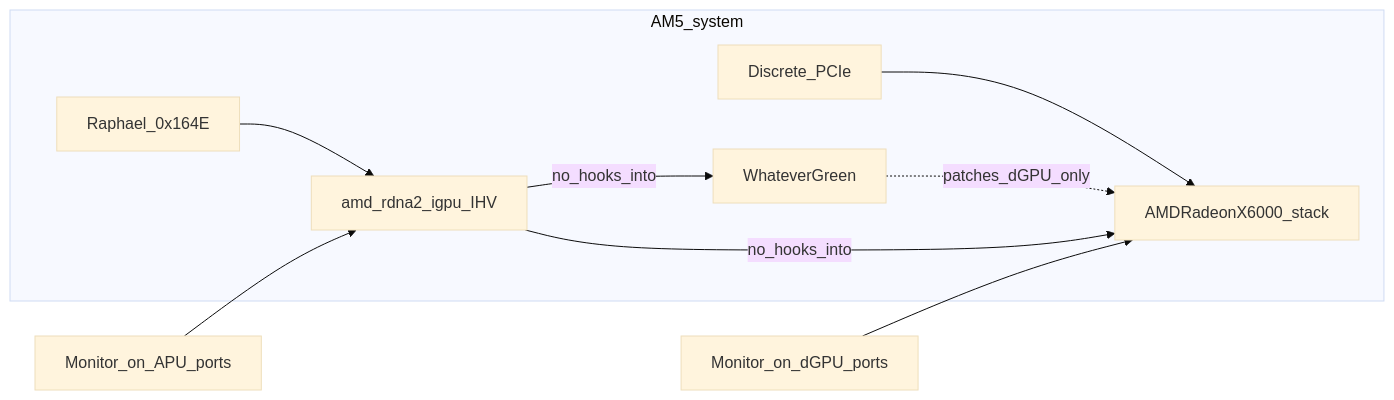
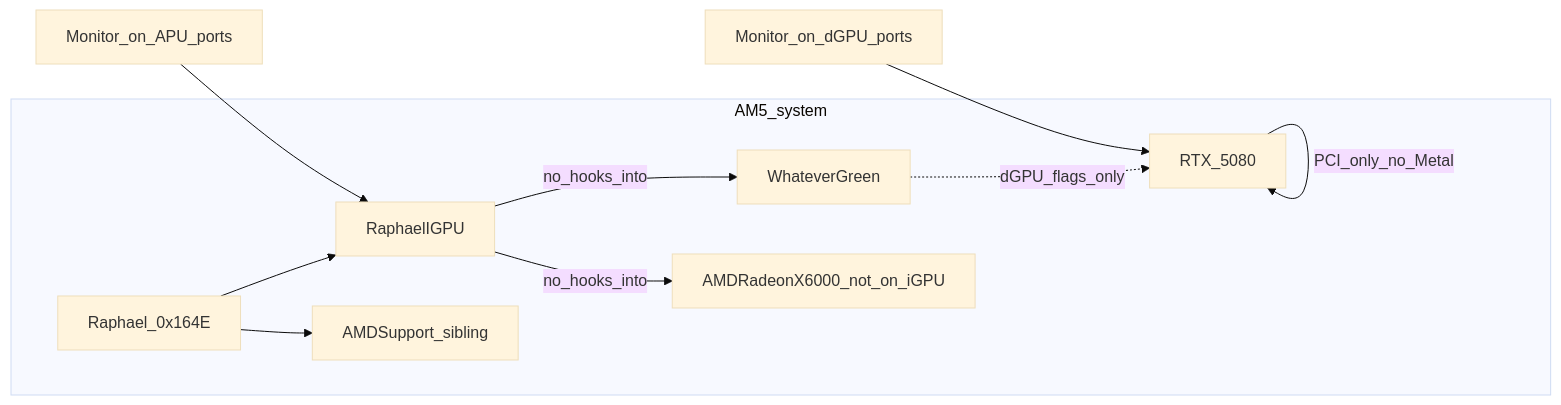
Before and after one commit to winkleplex10-bit/MetalGPUDrivers: the diagram in docs/CURSOR-START-AMD-RDNA2-IGPU.md, drawn with Mermaid (base theme). The commit also changed other lines of this file and 7 other files, not shown here.

First line of the commit message:
Update Raphael IHV plan to match GOP-wrap kext state

````diff
--- a/docs/CURSOR-START-AMD-RDNA2-IGPU.md
+++ b/docs/CURSOR-START-AMD-RDNA2-IGPU.md
@@ -89,17 +141,19 @@
 ```mermaid
 flowchart LR
   subgraph system [AM5_system]
     iGPU["Raphael_0x164E"]
-    dGPU["Discrete_PCIe"]
+    dGPU["RTX_5080"]
     WEG["WhateverGreen"]
-    OurKext["amd_rdna2_igpu_IHV"]
-    AppleAMD["AMDRadeonX6000_stack"]
+    OurKext["RaphaelIGPU"]
+    AMDSupport["AMDSupport_sibling"]
+    AppleAMD["AMDRadeonX6000_not_on_iGPU"]
   end
   iGPU --> OurKext
-  dGPU --> AppleAMD
-  WEG -.->|"patches_dGPU_only"| AppleAMD
+  iGPU --> AMDSupport
+  dGPU -->|"PCI_only_no_Metal"| dGPU
+  WEG -.->|"dGPU_flags_only"| dGPU
   OurKext -->|"no_hooks_into"| AppleAMD
   OurKext -->|"no_hooks_into"| WEG
   MonA["Monitor_on_APU_ports"] --> OurKext
-  MonB["Monitor_on_dGPU_ports"] --> AppleAMD
+  MonB["Monitor_on_dGPU_ports"] --> dGPU
 ```
````
